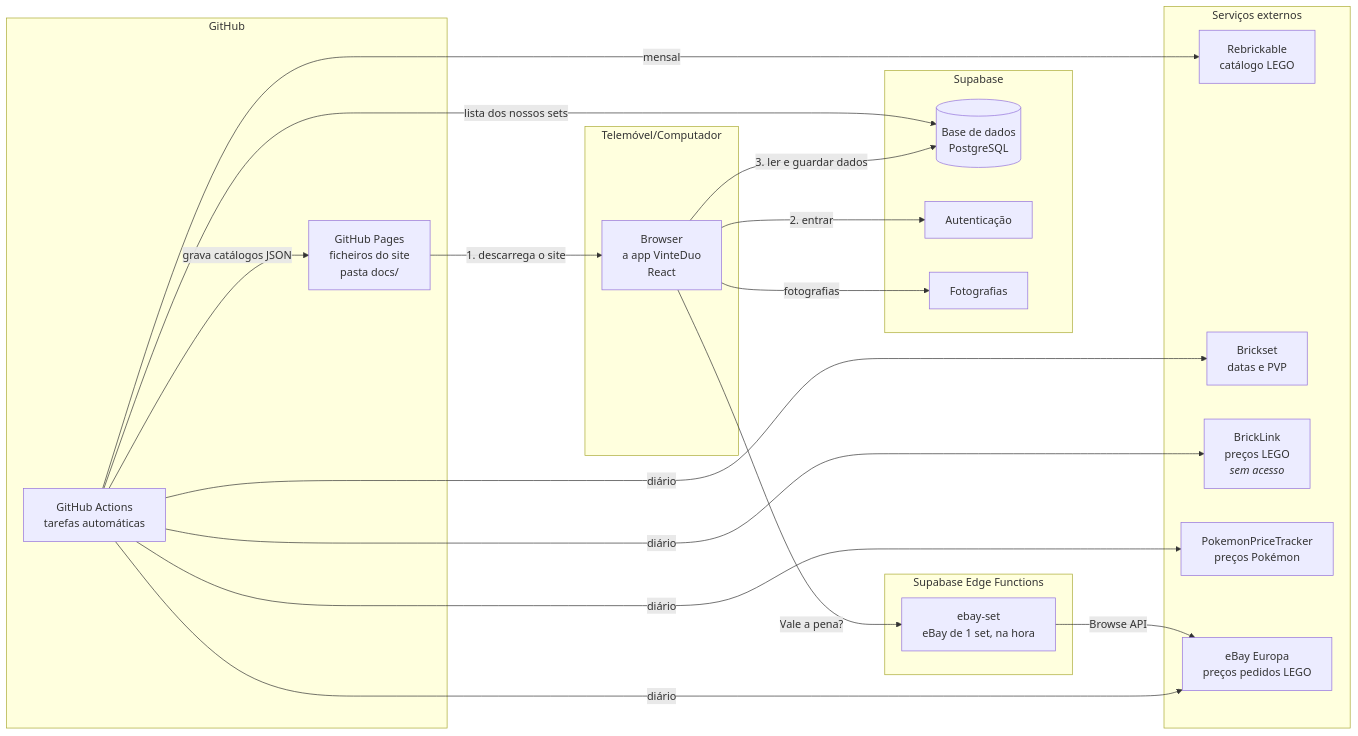
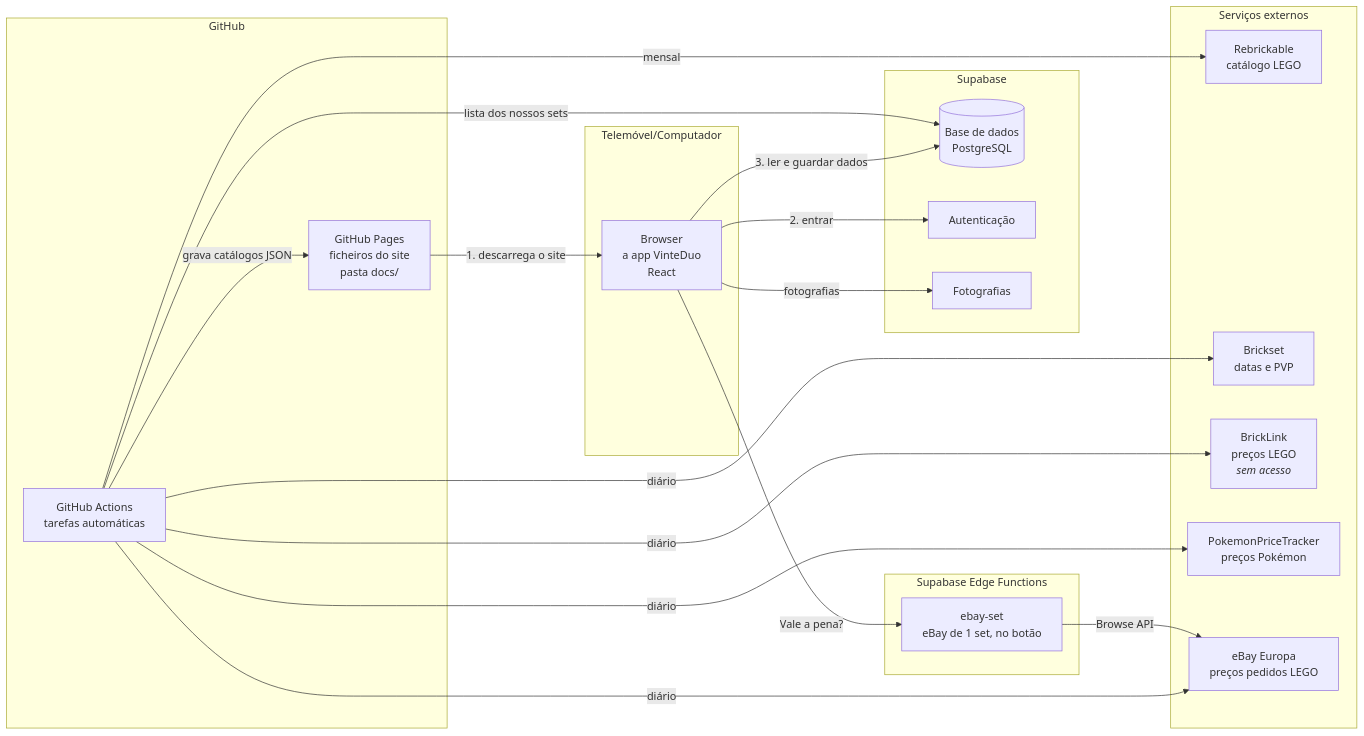
The first of 4 diagrams in README.md (RicardoMarquesCardoso/gestao-vinted), drawn with Mermaid before and after one commit. The commit also changed other lines of this file and 9 other files, not shown here.

First line of the commit message:
Vale a pena?: eBay só no botão 'Procurar no eBay' (máx. 1 vez por set a cada 7 dias)

````diff
--- a/README.md
+++ b/README.md
@@ -49,36 +49,36 @@
 ```mermaid
 flowchart LR
   subgraph Telemóvel/Computador
     A[Browser<br/>a app VinteDuo<br/>React]
   end
   subgraph GitHub
     P[GitHub Pages<br/>ficheiros do site<br/>pasta docs/]
     G[GitHub Actions<br/>tarefas automáticas]
   end
   subgraph Supabase
     DB[(Base de dados<br/>PostgreSQL)]
     AU[Autenticação]
     ST[Fotografias]
   end
   subgraph Serviços externos
     RB[Rebrickable<br/>catálogo LEGO]
     BS[Brickset<br/>datas e PVP]
     BL[BrickLink<br/>preços LEGO<br/><i>sem acesso</i>]
     PT[PokemonPriceTracker<br/>preços Pokémon]
     EB[eBay Europa<br/>preços pedidos LEGO]
   end
   subgraph Supabase Edge Functions
-    EF[ebay-set<br/>eBay de 1 set, na hora]
+    EF[ebay-set<br/>eBay de 1 set, no botão]
   end
 
   P -- "1. descarrega o site" --> A
   A -- "2. entrar" --> AU
   A -- "3. ler e guardar dados" --> DB
   A -- fotografias --> ST
   G -- "mensal" --> RB
   G -- "diário" --> EB & PT & BS & BL
   G -- "grava catálogos JSON" --> P
   G -- "lista dos nossos sets" --> DB
   A -- "Vale a pena?" --> EF
   EF -- "Browse API" --> EB
 ```
````
